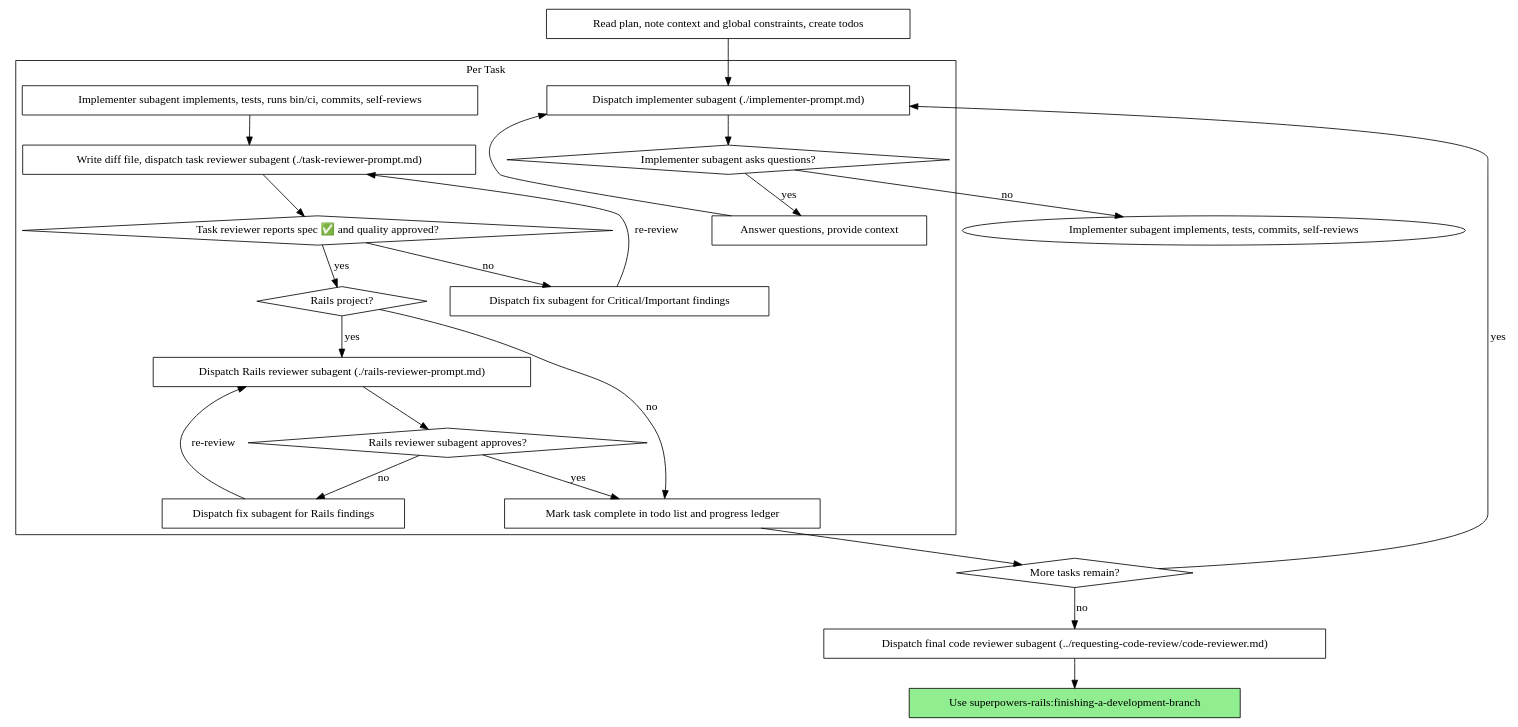
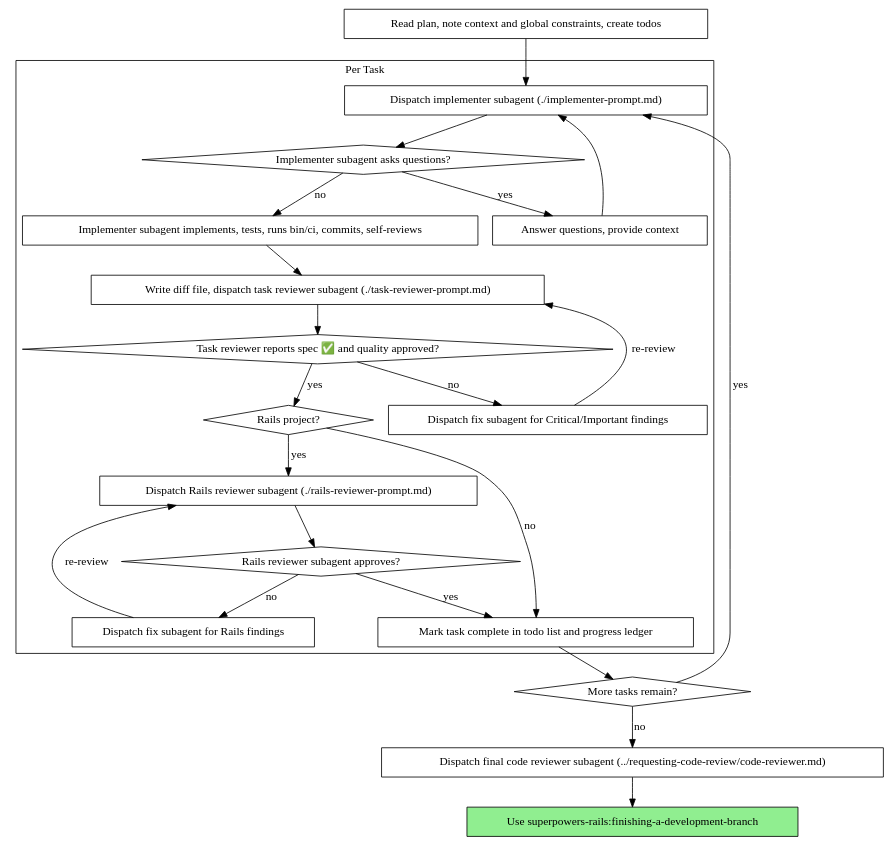
Before and after one commit to fryga-io/superpowers-rails: the second of 2 diagrams in skills/subagent-driven-development/SKILL.md, drawn with Graphviz. The commit also changed other lines of this file and 7 other files, not shown here.

````diff
--- a/skills/subagent-driven-development/SKILL.md
+++ b/skills/subagent-driven-development/SKILL.md
@@ -47,47 +47,47 @@
 ```dot
 digraph process {
     rankdir=TB;
 
     subgraph cluster_per_task {
         label="Per Task";
         "Dispatch implementer subagent (./implementer-prompt.md)" [shape=box];
         "Implementer subagent asks questions?" [shape=diamond];
         "Answer questions, provide context" [shape=box];
         "Implementer subagent implements, tests, runs bin/ci, commits, self-reviews" [shape=box];
         "Write diff file, dispatch task reviewer subagent (./task-reviewer-prompt.md)" [shape=box];
         "Task reviewer reports spec ✅ and quality approved?" [shape=diamond];
         "Dispatch fix subagent for Critical/Important findings" [shape=box];
         "Rails project?" [shape=diamond];
         "Dispatch Rails reviewer subagent (./rails-reviewer-prompt.md)" [shape=box];
         "Rails reviewer subagent approves?" [shape=diamond];
         "Dispatch fix subagent for Rails findings" [shape=box];
         "Mark task complete in todo list and progress ledger" [shape=box];
     }
 
     "Read plan, note context and global constraints, create todos" [shape=box];
     "More tasks remain?" [shape=diamond];
     "Dispatch final code reviewer subagent (../requesting-code-review/code-reviewer.md)" [shape=box];
     "Use superpowers-rails:finishing-a-development-branch" [shape=box style=filled fillcolor=lightgreen];
 
     "Read plan, note context and global constraints, create todos" -> "Dispatch implementer subagent (./implementer-prompt.md)";
     "Dispatch implementer subagent (./implementer-prompt.md)" -> "Implementer subagent asks questions?";
     "Implementer subagent asks questions?" -> "Answer questions, provide context" [label="yes"];
     "Answer questions, provide context" -> "Dispatch implementer subagent (./implementer-prompt.md)";
-    "Implementer subagent asks questions?" -> "Implementer subagent implements, tests, commits, self-reviews" [label="no"];
+    "Implementer subagent asks questions?" -> "Implementer subagent implements, tests, runs bin/ci, commits, self-reviews" [label="no"];
     "Implementer subagent implements, tests, runs bin/ci, commits, self-reviews" -> "Write diff file, dispatch task reviewer subagent (./task-reviewer-prompt.md)";
     "Write diff file, dispatch task reviewer subagent (./task-reviewer-prompt.md)" -> "Task reviewer reports spec ✅ and quality approved?";
     "Task reviewer reports spec ✅ and quality approved?" -> "Dispatch fix subagent for Critical/Important findings" [label="no"];
     "Dispatch fix subagent for Critical/Important findings" -> "Write diff file, dispatch task reviewer subagent (./task-reviewer-prompt.md)" [label="re-review"];
     "Task reviewer reports spec ✅ and quality approved?" -> "Rails project?" [label="yes"];
     "Rails project?" -> "Dispatch Rails reviewer subagent (./rails-reviewer-prompt.md)" [label="yes"];
     "Rails project?" -> "Mark task complete in todo list and progress ledger" [label="no"];
     "Dispatch Rails reviewer subagent (./rails-reviewer-prompt.md)" -> "Rails reviewer subagent approves?";
     "Rails reviewer subagent approves?" -> "Dispatch fix subagent for Rails findings" [label="no"];
     "Dispatch fix subagent for Rails findings" -> "Dispatch Rails reviewer subagent (./rails-reviewer-prompt.md)" [label="re-review"];
     "Rails reviewer subagent approves?" -> "Mark task complete in todo list and progress ledger" [label="yes"];
     "Mark task complete in todo list and progress ledger" -> "More tasks remain?";
     "More tasks remain?" -> "Dispatch implementer subagent (./implementer-prompt.md)" [label="yes"];
     "More tasks remain?" -> "Dispatch final code reviewer subagent (../requesting-code-review/code-reviewer.md)" [label="no"];
     "Dispatch final code reviewer subagent (../requesting-code-review/code-reviewer.md)" -> "Use superpowers-rails:finishing-a-development-branch";
 }
 ```
````
